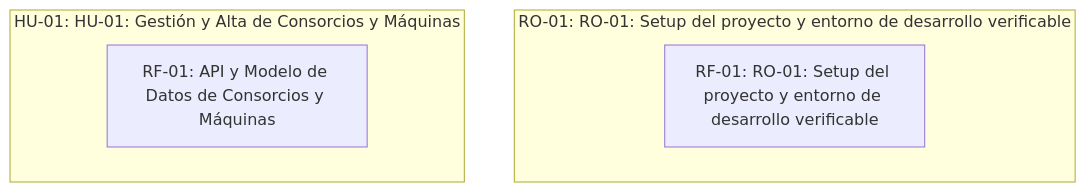
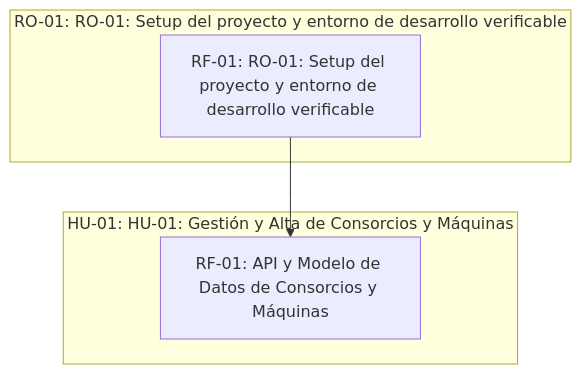
The diagram in scrumDocs/grafo.md (fiemcasals/pm_asc), drawn with Mermaid before and after one commit. The commit also changed other lines of this file, not shown here.

````diff
--- a/scrumDocs/grafo.md
+++ b/scrumDocs/grafo.md
@@ -5,9 +5,10 @@
 ```mermaid
 graph TD
   subgraph US_1791560828588["RO-01: RO-01: Setup del proyecto y entorno de desarrollo verificable"]
     REQ_1791560828605["RF-01: RO-01: Setup del proyecto y entorno de desarrollo verificable"]
   end
   subgraph US_1791560828711["HU-01: HU-01: Gestión y Alta de Consorcios y Máquinas"]
     REQ_1791909582859["RF-01: API y Modelo de Datos de Consorcios y Máquinas"]
   end
+  REQ_1791560828605 --> REQ_1791909582859
 ```
````
